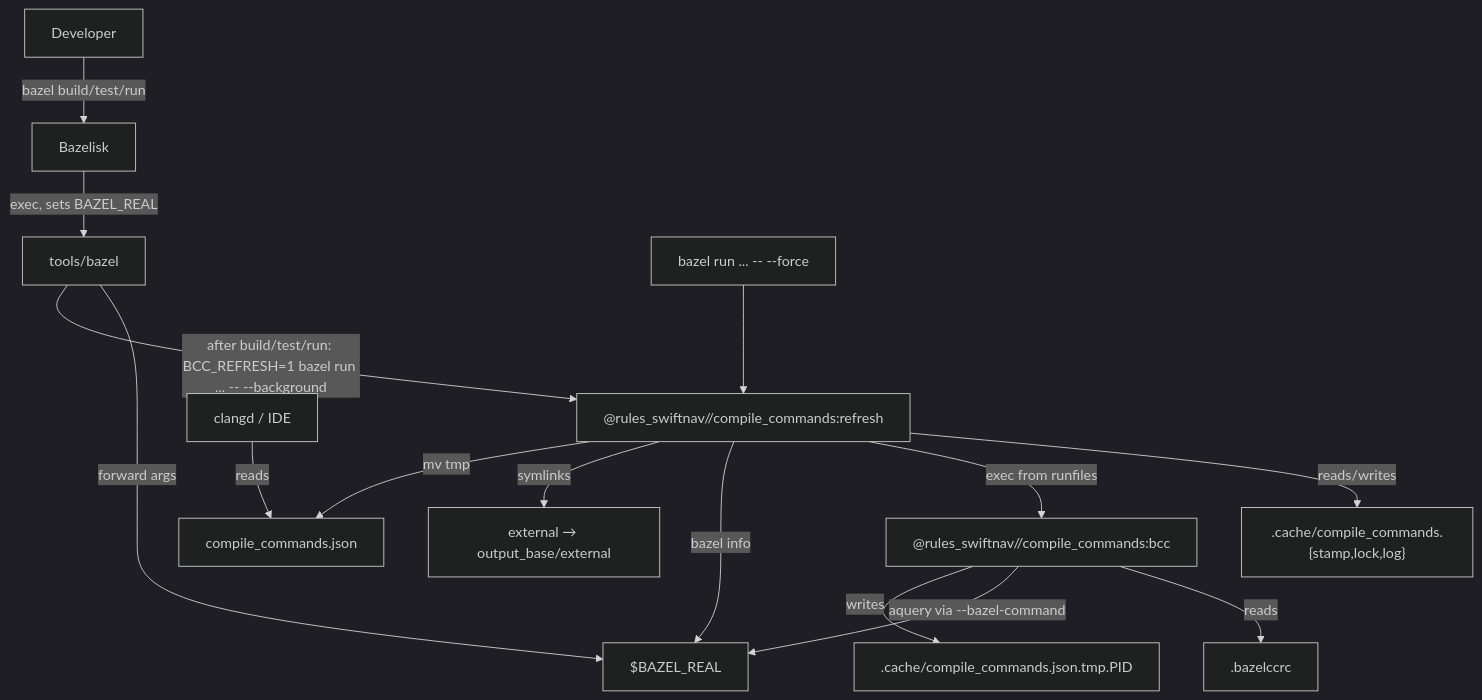
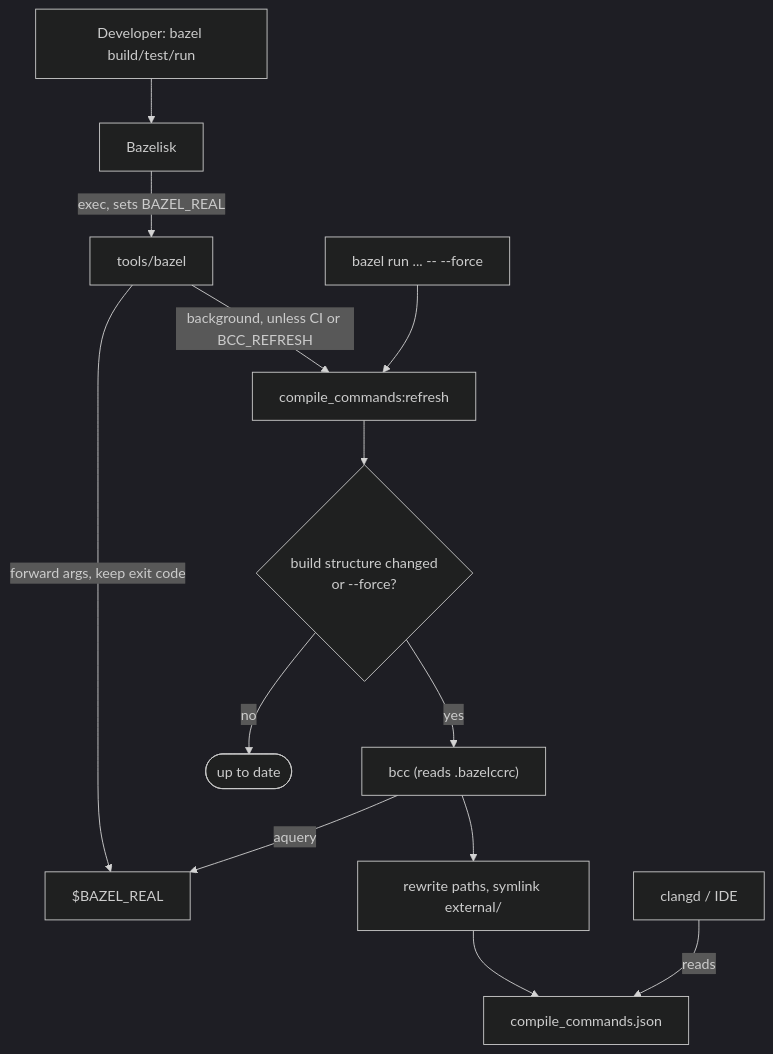
The diagram in compile_commands/compile_commands.md (swift-nav/rules_swiftnav), drawn with Mermaid (dark theme) before and after one commit. The commit also changed other lines of this file, not shown here.

````diff
--- a/compile_commands/compile_commands.md
+++ b/compile_commands/compile_commands.md
@@ -66,17 +41,15 @@
 ```mermaid
-graph TD
-    Dev["Developer"] -->|"bazel build/test/run"| Bazelisk
+flowchart TD
+    Dev["Developer: bazel build/test/run"] --> Bazelisk
     Bazelisk -->|"exec, sets BAZEL_REAL"| Wrapper["tools/bazel"]
-    Wrapper -->|"forward args"| Bazel["$BAZEL_REAL"]
-    Wrapper -->|"after build/test/run: BCC_REFRESH=1 bazel run ... -- --background"| Refresh["@rules_swiftnav//compile_commands:refresh"]
+    Wrapper -->|"forward args, keep exit code"| Bazel["$BAZEL_REAL"]
+    Wrapper -->|"background, unless CI or BCC_REFRESH"| Refresh["compile_commands:refresh"]
     Manual["bazel run ... -- --force"] --> Refresh
-    Refresh -->|"reads/writes"| Cache[".cache/compile_commands.{stamp,lock,log}"]
-    Refresh -->|"exec from runfiles"| BCC["@rules_swiftnav//compile_commands:bcc"]
-    Refresh -->|"bazel info"| Bazel
-    Refresh -->|"symlinks"| Ext["external → output_base/external"]
-    Refresh -->|"mv tmp"| DB["compile_commands.json"]
-    BCC -->|"reads"| RC[".bazelccrc"]
-    BCC -->|"aquery via --bazel-command"| Bazel
-    BCC -->|"writes"| Tmp[".cache/compile_commands.json.tmp.PID"]
+    Refresh --> Stale{"build structure changed<br/>or --force?"}
+    Stale -- no --> Done(["up to date"])
+    Stale -- yes --> BCC["bcc (reads .bazelccrc)"]
+    BCC -->|"aquery"| Bazel
+    BCC --> Rewrite["rewrite paths, symlink external/"]
+    Rewrite --> DB["compile_commands.json"]
     Clangd["clangd / IDE"] -->|"reads"| DB
 ```
````
